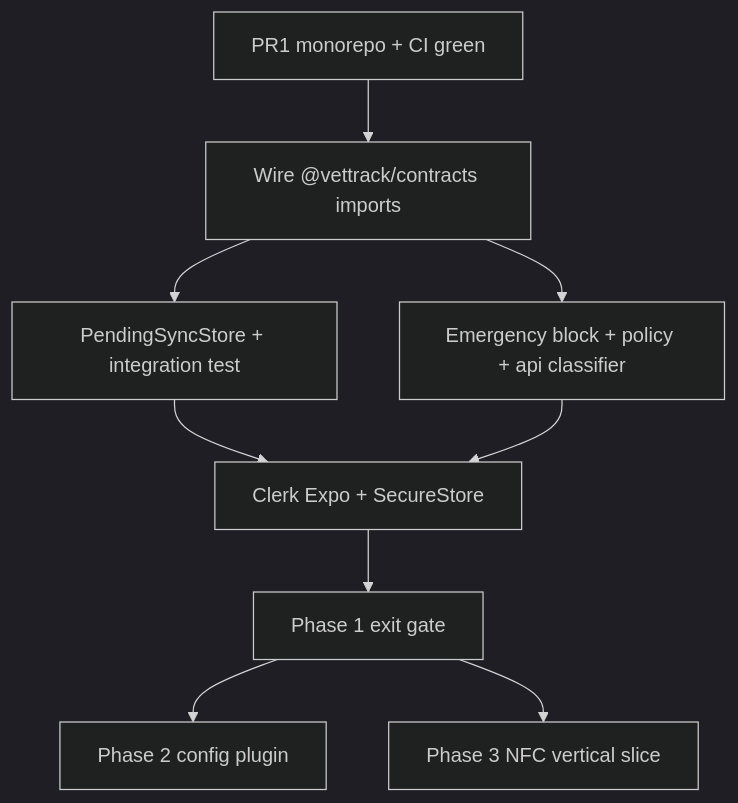
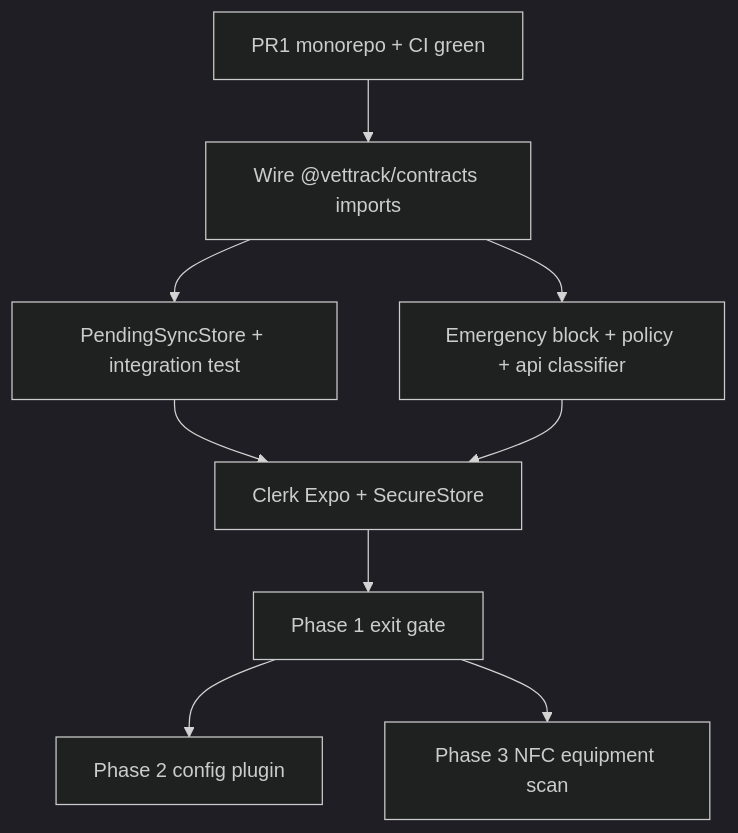
Before and after one commit to exposwifty31/literate-dollop: the diagram in docs/plans/mobile-strategy-master.md, drawn with Mermaid (dark theme). The commit also changed other lines of this file and 33 other files, not shown here.

````diff
--- a/docs/plans/mobile-strategy-master.md
+++ b/docs/plans/mobile-strategy-master.md
@@ -41,11 +41,11 @@
 ```mermaid
 flowchart TD
   PR1[PR1 monorepo + CI green] --> wire[Wire @vettrack/contracts imports]
   wire --> store[PendingSyncStore + integration test]
   wire --> emergency[Emergency block + policy + api classifier]
   store --> clerk[Clerk Expo + SecureStore]
   emergency --> clerk
   clerk --> exit[Phase 1 exit gate]
   exit --> phase2[Phase 2 config plugin]
-  exit --> phase3[Phase 3 NFC vertical slice]
+  exit --> phase3[Phase 3 NFC equipment scan]
 ```
````
